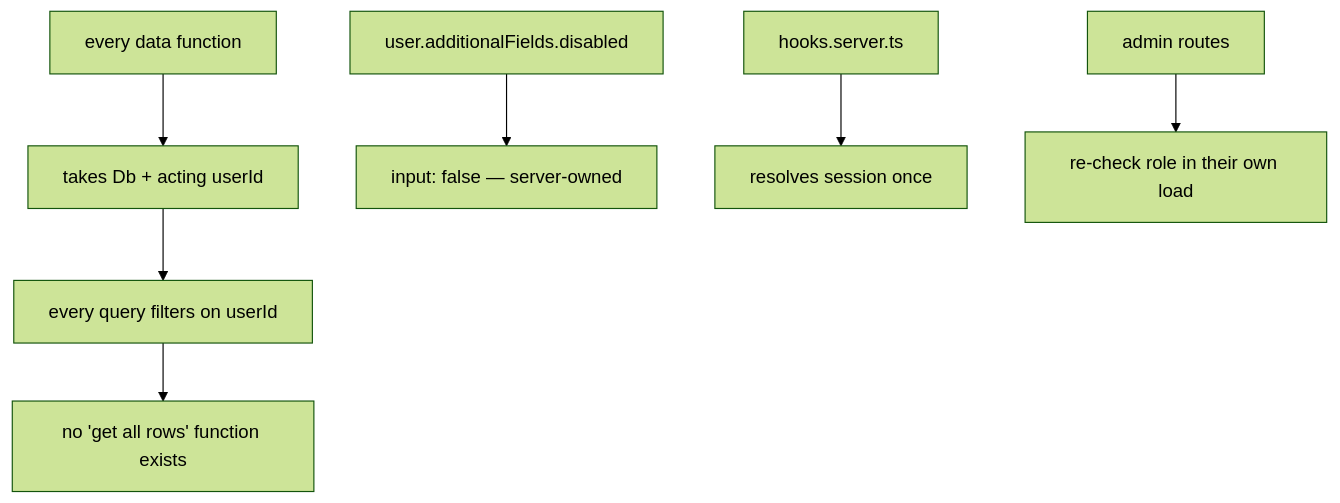
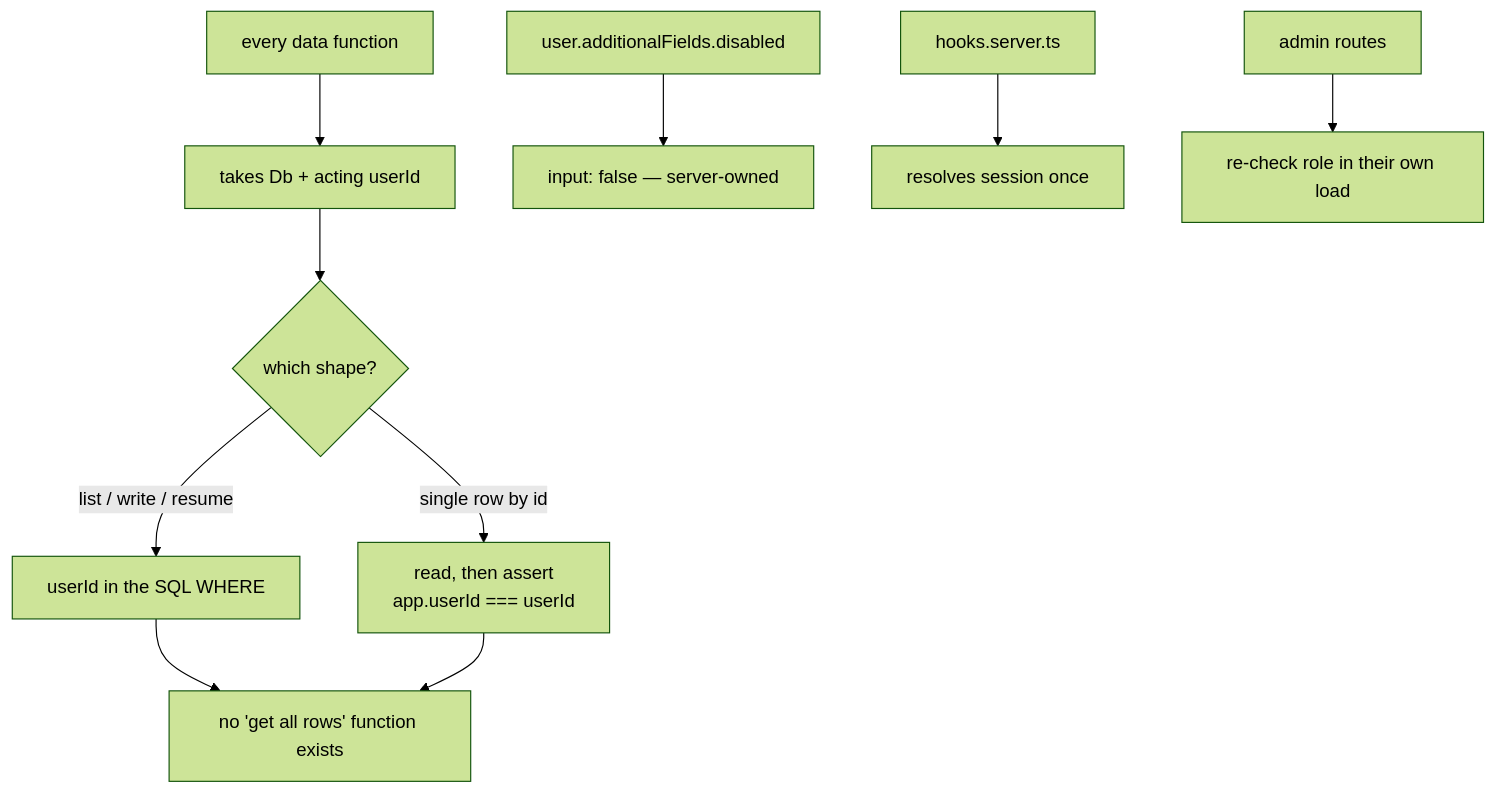
One commit to c0k0n/job-tracker changed the third of 6 diagrams in docs/security.md. Above: the diagram before and after it, drawn with Mermaid (forest theme). The commit also changed other lines of this file and 45 other files, not shown here.

````diff
--- a/docs/security.md
+++ b/docs/security.md
@@ -69,9 +75,12 @@
 ```mermaid
 flowchart TD
     A["every data function"] --> B["takes Db + acting userId"]
-    B --> C["every query filters on userId"]
-    C --> D["no 'get all rows' function exists"]
-    E["user.additionalFields.disabled"] --> F["input: false — server-owned"]
-    G["hooks.server.ts"] --> H["resolves session once"]
-    I["admin routes"] --> J["re-check role in their own load"]
+    B --> C{"which shape?"}
+    C -- "list / write / resume" --> D["userId in the SQL WHERE"]
+    C -- "single row by id" --> E["read, then assert<br/>app.userId === userId"]
+    D --> F["no 'get all rows' function exists"]
+    E --> F
+    G["user.additionalFields.disabled"] --> H["input: false — server-owned"]
+    I["hooks.server.ts"] --> J["resolves session once"]
+    K["admin routes"] --> L["re-check role in their own load"]
 ```
````
